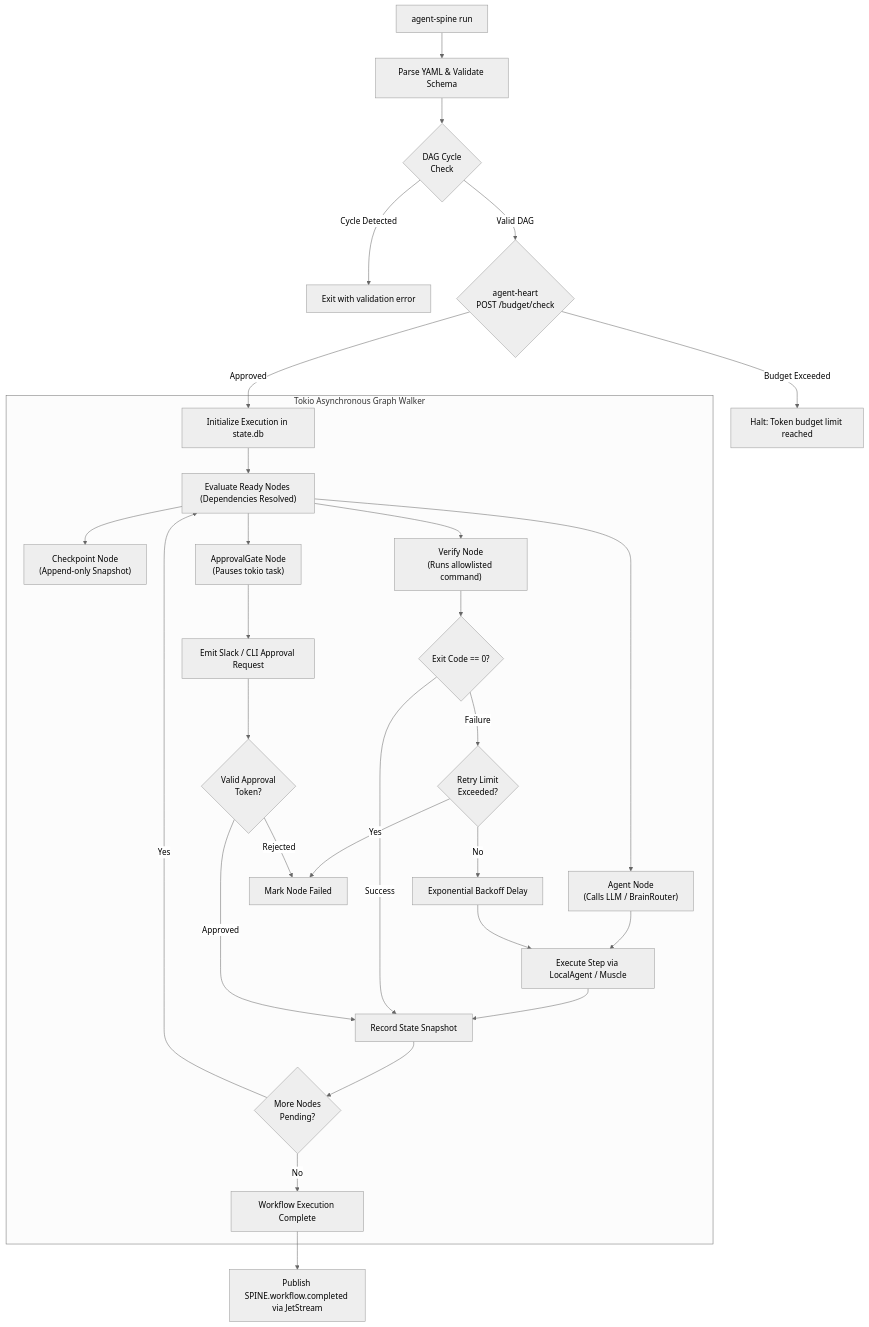
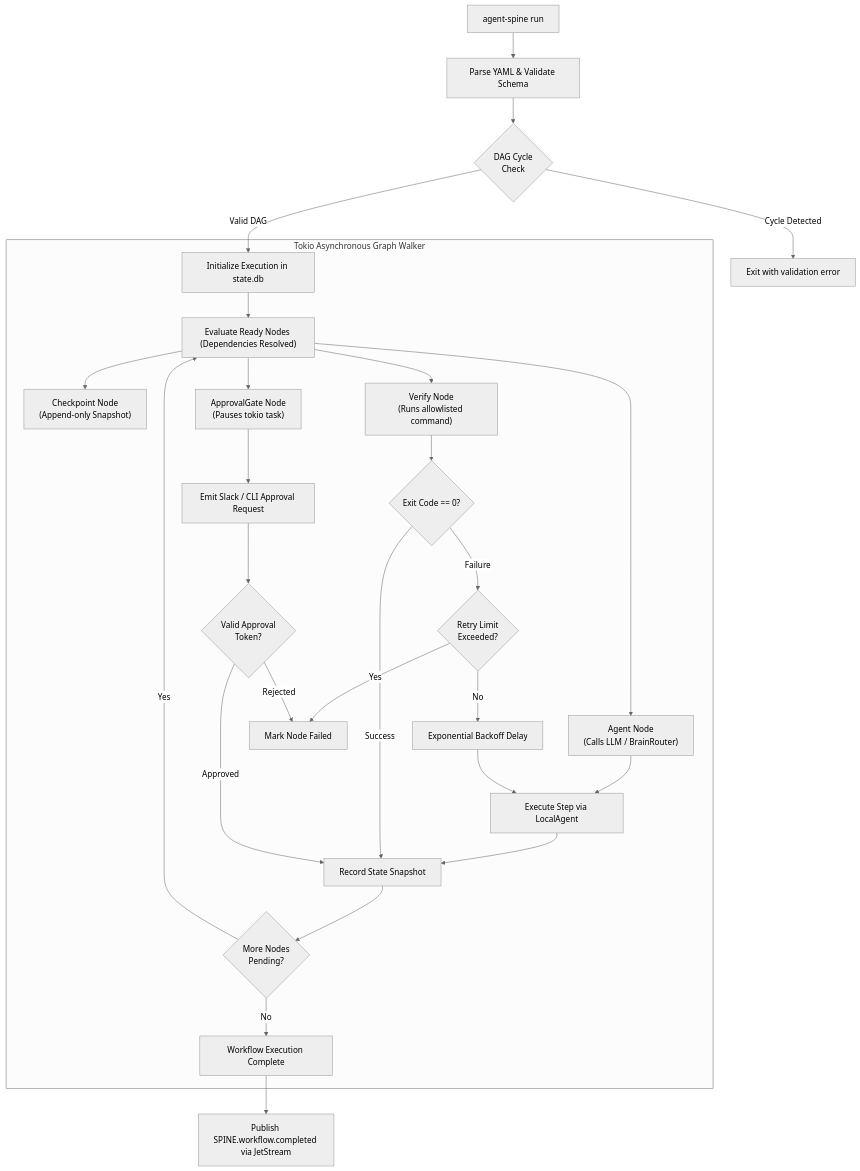
Before and after one commit to autonomic-ai-dev/agent-spine: the diagram in CONTEXT.md, drawn with Mermaid (neutral theme). The commit also changed other lines of this file and 34 other files, not shown here.

````diff
--- a/CONTEXT.md
+++ b/CONTEXT.md
@@ -29,39 +29,36 @@
 ```mermaid
 flowchart TD
     RunCmd["agent-spine run <workflow.yaml>"] --> Parse["Parse YAML & Validate Schema"]
     Parse --> CheckCycle{"DAG Cycle<br>Check"}
     CheckCycle -->|Cycle Detected| ErrExit["Exit with validation error"]
-    CheckCycle -->|Valid DAG| BudgetCheck{"agent-heart<br>POST /budget/check"}
-    
-    BudgetCheck -->|Budget Exceeded| Deny["Halt: Token budget limit reached"]
-    BudgetCheck -->|Approved| InitState["Initialize Execution in state.db"]
+    CheckCycle -->|Valid DAG| InitState["Initialize Execution in state.db"]
 
     subgraph DAGExecution ["Tokio Asynchronous Graph Walker"]
         InitState --> Walk["Evaluate Ready Nodes (Dependencies Resolved)"]
         
         Walk --> AgentNode["Agent Node<br>(Calls LLM / BrainRouter)"]
         Walk --> CheckpointNode["Checkpoint Node<br>(Append-only Snapshot)"]
         Walk --> VerifyNode["Verify Node<br>(Runs allowlisted command)"]
         Walk --> GateNode["ApprovalGate Node<br>(Pauses tokio task)"]
         
-        AgentNode --> ExecNode["Execute Step via LocalAgent / Muscle"]
+        AgentNode --> ExecNode["Execute Step via LocalAgent"]
         ExecNode --> SaveSnap["Record State Snapshot"]
         
         VerifyNode --> CheckExit{"Exit Code == 0?"}
         CheckExit -->|Success| SaveSnap
         CheckExit -->|Failure| RetryPolicy{"Retry Limit<br>Exceeded?"}
         RetryPolicy -->|No| Backoff["Exponential Backoff Delay"] --> ExecNode
         RetryPolicy -->|Yes| FailStep["Mark Node Failed"]
         
         GateNode --> EmitAlert["Emit Slack / CLI Approval Request"]
         EmitAlert --> WaitToken{"Valid Approval<br>Token?"}
         WaitToken -->|Approved| SaveSnap
         WaitToken -->|Rejected| FailStep
         
         SaveSnap --> CheckComplete{"More Nodes<br>Pending?"}
         CheckComplete -->|Yes| Walk
         CheckComplete -->|No| FinishWork["Workflow Execution Complete"]
     end
 
-    FinishWork --> NervesNotify["Publish SPINE.workflow.completed via JetStream"]
+    FinishWork --> CompletionNotify["Publish SPINE.workflow.completed via JetStream"]
 ```
````
